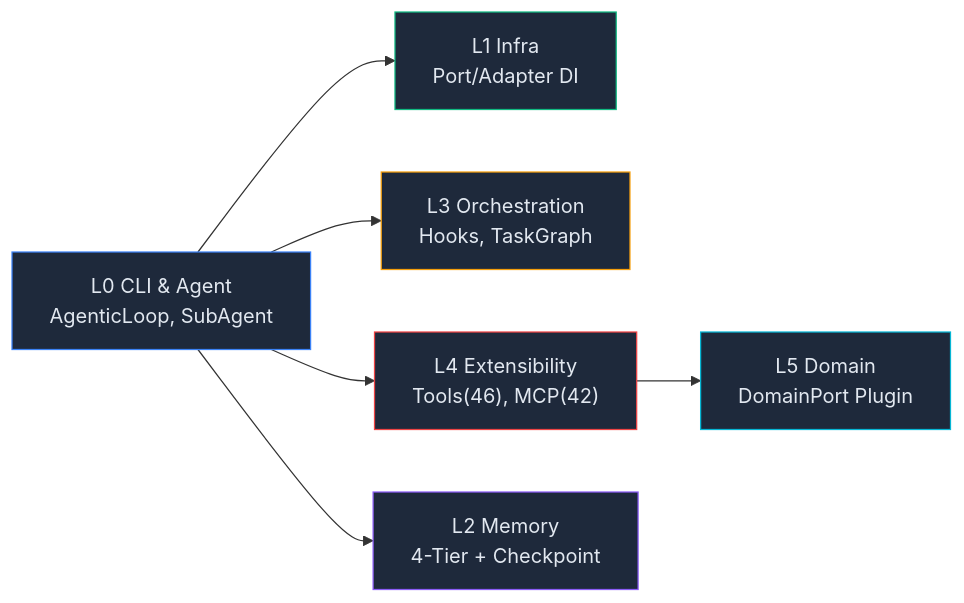
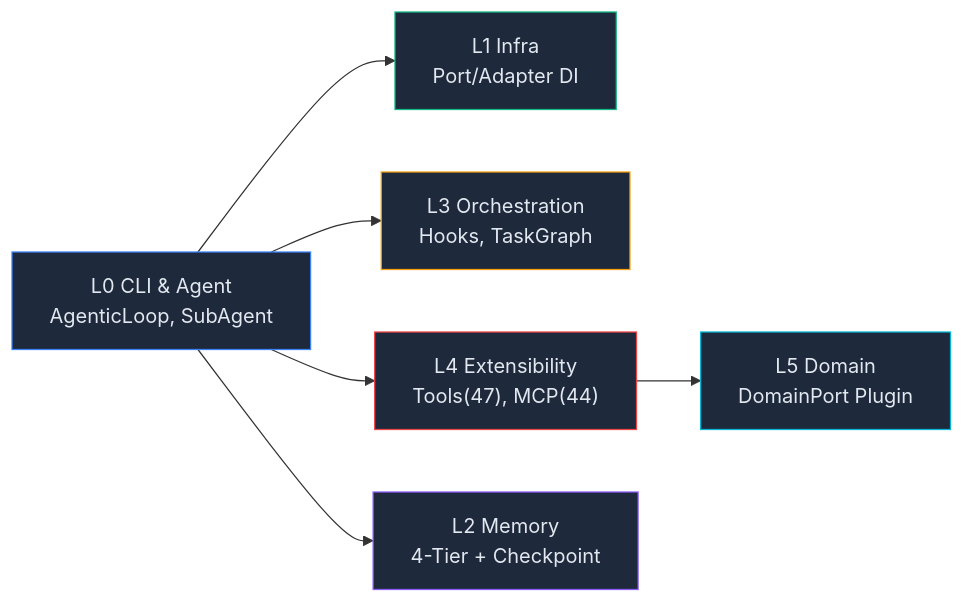
Before and after one commit to mangowhoiscloud/geode: the second of 2 diagrams in README.md, drawn with Mermaid. The commit also changed other lines of this file and 2 other files, not shown here.

````diff
--- a/README.md
+++ b/README.md
@@ -128,15 +128,15 @@
 ```mermaid
 graph LR
     L0["L0 CLI & Agent<br/>AgenticLoop, SubAgent"] --> L1["L1 Infra<br/>Port/Adapter DI"]
     L0 --> L3["L3 Orchestration<br/>Hooks, TaskGraph"]
-    L0 --> L4["L4 Extensibility<br/>Tools(46), MCP(42)"]
+    L0 --> L4["L4 Extensibility<br/>Tools(47), MCP(44)"]
     L4 --> L5["L5 Domain<br/>DomainPort Plugin"]
     L0 --> L2["L2 Memory<br/>4-Tier + Checkpoint"]
 
     style L0 fill:#1e293b,stroke:#3b82f6,color:#e2e8f0
     style L1 fill:#1e293b,stroke:#10b981,color:#e2e8f0
     style L2 fill:#1e293b,stroke:#8b5cf6,color:#e2e8f0
     style L3 fill:#1e293b,stroke:#f59e0b,color:#e2e8f0
     style L4 fill:#1e293b,stroke:#ef4444,color:#e2e8f0
     style L5 fill:#1e293b,stroke:#06b6d4,color:#e2e8f0
 ```
````
